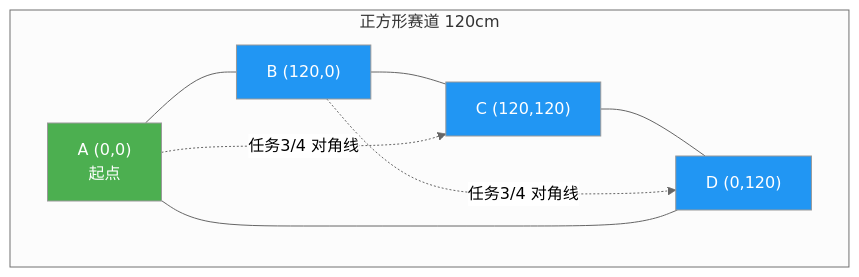
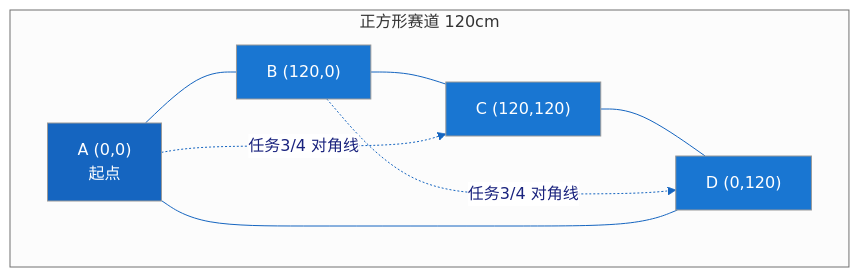
The first of 8 diagrams in 报告.md (fxy21638/Car), drawn with Mermaid before and after one commit. The commit also changed 3 other files, not shown here.

````diff
--- a/报告.md
+++ b/报告.md
@@ -24,16 +24,16 @@
 ```mermaid
-%%{init: {'theme': 'neutral'}}%%
+%%{init: {'theme': 'neutral', 'themeVariables': {'mainBkg': '#E3F2FD', 'lineColor': '#1565C0', 'textColor': '#1A237E'}}}%%
 graph TD
     subgraph "正方形赛道 120cm"
         A["A (0,0)<br/>起点"] --- B["B (120,0)"]
         B --- C["C (120,120)"]
         C --- D["D (0,120)"]
         D --- A
     end
     A -.->|"任务3/4 对角线"| C
     B -.->|"任务3/4 对角线"| D
-    style A fill:#4CAF50,color:#fff
-    style B fill:#2196F3,color:#fff
-    style C fill:#2196F3,color:#fff
-    style D fill:#2196F3,color:#fff
+    style A fill:#1565C0,color:#fff
+    style B fill:#1976D2,color:#fff
+    style C fill:#1976D2,color:#fff
+    style D fill:#1976D2,color:#fff
 ```
````
